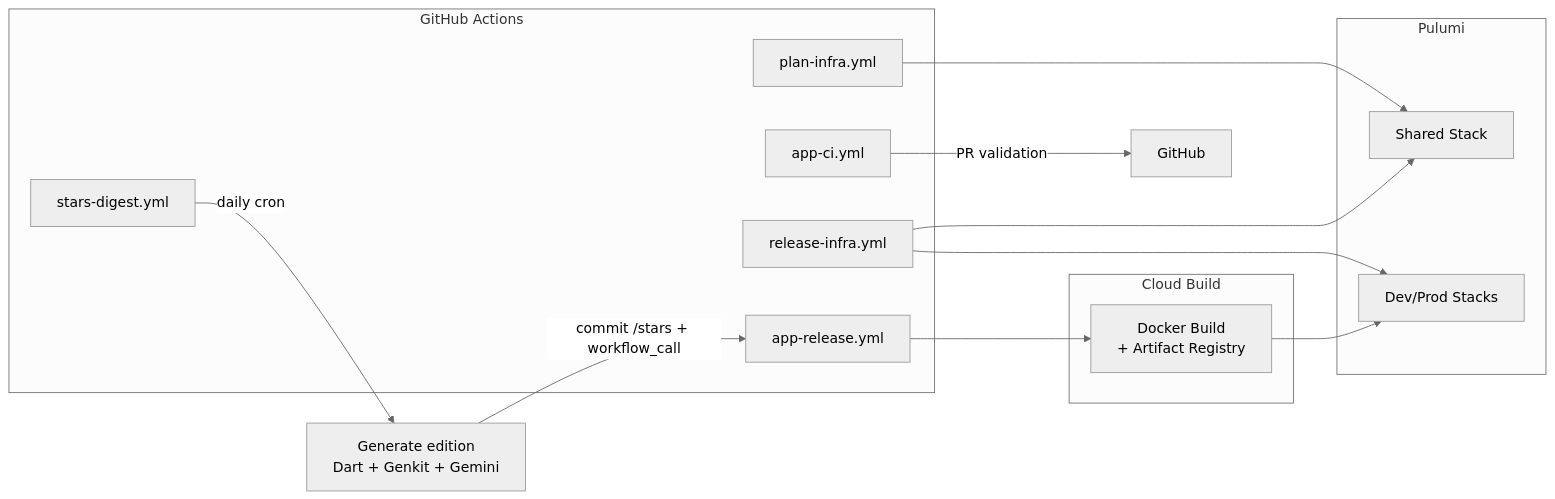
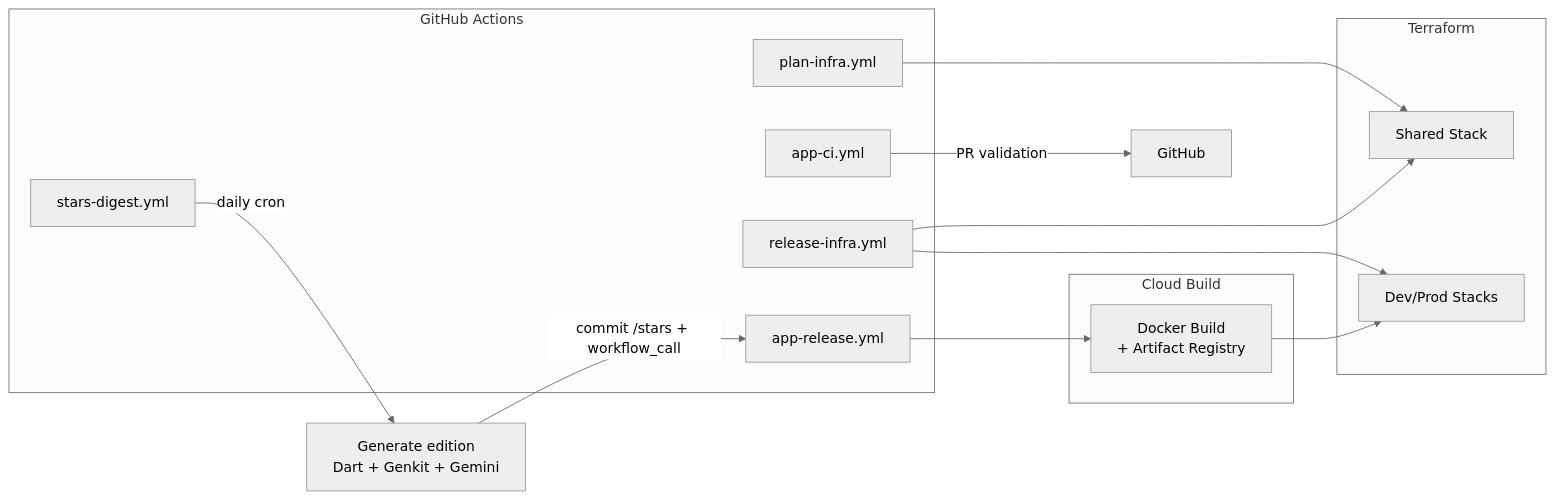
One commit to koborin-ai/site changed the second of 2 diagrams in README.md. Above: the diagram before and after it, drawn with Mermaid (neutral theme). The commit also changed other lines of this file and 17 other files, not shown here.

First line of the commit message:
feat(infra): retire Pulumi Go and switch CI to TerraDart/Terraform

````diff
--- a/README.md
+++ b/README.md
@@ -119,28 +119,28 @@
 ```mermaid
 flowchart LR
     subgraph GitHub Actions
         planInfra[plan-infra.yml]
         releaseInfra[release-infra.yml]
         appCI[app-ci.yml]
         appRelease[app-release.yml]
         starsDigest[stars-digest.yml]
     end
 
     subgraph Cloud Build
         buildApp[Docker Build\n+ Artifact Registry]
     end
 
-    subgraph Pulumi
+    subgraph Terraform
         sharedStack[Shared Stack]
         envStacks[Dev/Prod Stacks]
     end
 
     starsDigest -->|daily cron| genEdition[Generate edition\nDart + Genkit + Gemini]
 
     planInfra --> sharedStack
     releaseInfra --> sharedStack
     releaseInfra --> envStacks
     appCI -->|PR validation| GitHub
     genEdition -->|commit /stars + workflow_call| appRelease
     appRelease --> buildApp --> envStacks
 ```
````
